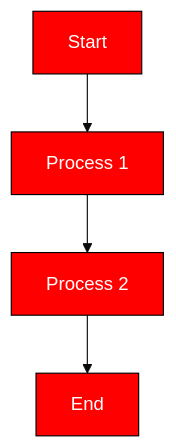
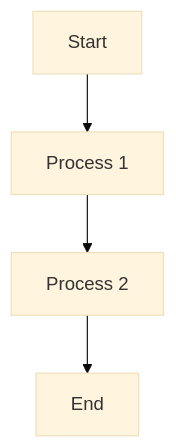
Before and after one commit to webchick/workflow-visualizer: the diagram in graph.mmd, drawn with Mermaid (base theme). The commit also changed 3 other files, not shown here.

Commit message:
fix: init none highlighter graph

```diff
--- a/graph.mmd
+++ b/graph.mmd
@@ -1,12 +1,8 @@
 
     graph TD;
         e1[Start] --> e2[Process 1];
         e2 --> e3[Process 2];
         e3 --> e4[End];
     
-class e1 active;
-class e2 active;
-class e3 active;
-class e4 active;
 
     classDef active fill:#ff0000,stroke:#000,color:#fff;
```
